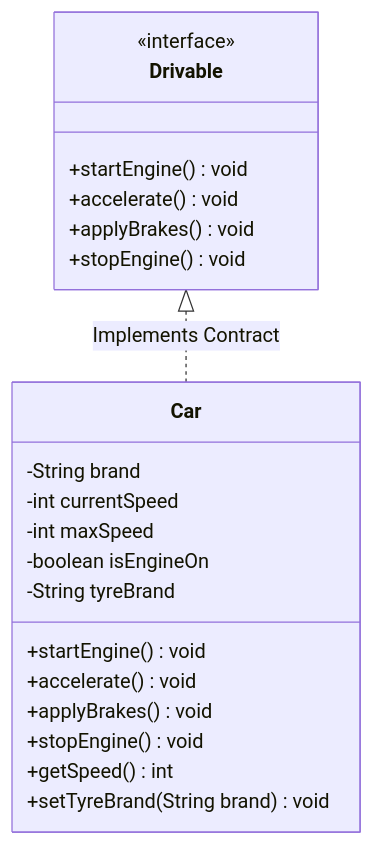
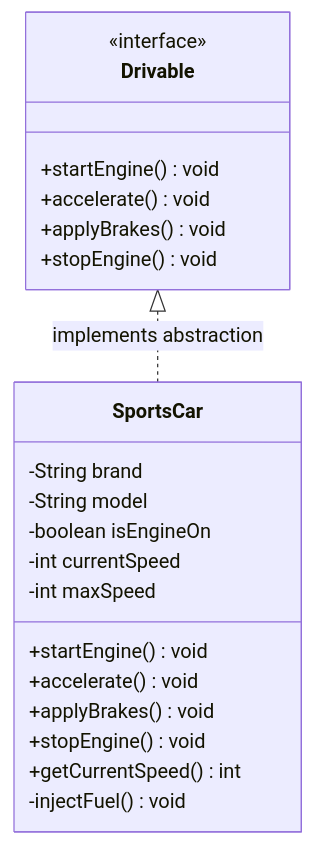
The diagram in 04-OOPs-and-Design-Patterns/01-Core-OOPs-and-UML/02-OOPs-Real-World-Examples-Abstraction-Encapsulation.md (rohithgowda18/Notes), drawn with Mermaid before and after one commit. The commit also changed other lines of this file and 17 other files, not shown here.

````diff
--- a/04-OOPs-and-Design-Patterns/01-Core-OOPs-and-UML/02-OOPs-Real-World-Examples-Abstraction-Encapsulation.md
+++ b/04-OOPs-and-Design-Patterns/01-Core-OOPs-and-UML/02-OOPs-Real-World-Examples-Abstraction-Encapsulation.md
@@ -135,26 +105,26 @@
 ```mermaid
 classDiagram
     class Drivable {
         <<interface>>
         +startEngine() void
         +accelerate() void
         +applyBrakes() void
         +stopEngine() void
     }
 
-    class Car {
+    class SportsCar {
         -String brand
+        -String model
+        -boolean isEngineOn
         -int currentSpeed
         -int maxSpeed
-        -boolean isEngineOn
-        -String tyreBrand
         +startEngine() void
         +accelerate() void
         +applyBrakes() void
         +stopEngine() void
-        +getSpeed() int
-        +setTyreBrand(String brand) void
+        +getCurrentSpeed() int
+        -injectFuel() void
     }
 
-    Drivable <|.. Car : Implements Contract
+    Drivable <|.. SportsCar : implements abstraction
 ```
````
